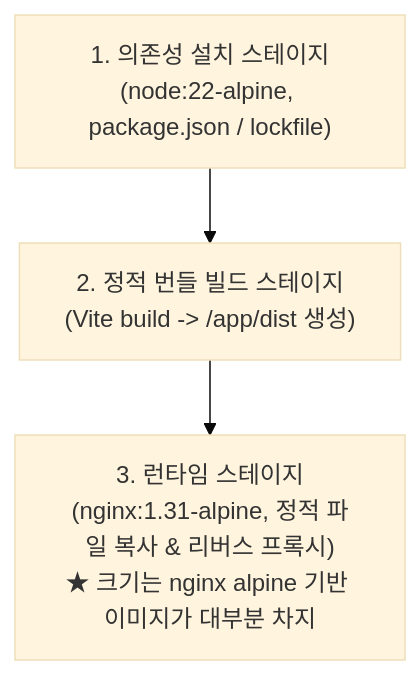
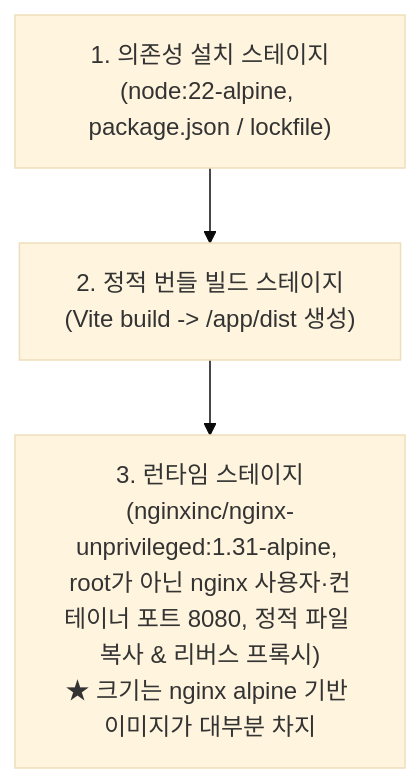
The second of 2 diagrams in docs/docker/build-optimization.md (kjayvam/file-template), drawn with Mermaid (base theme) before and after one commit. The commit also changed other lines of this file and 30 other files, not shown here.

````diff
--- a/docs/docker/build-optimization.md
+++ b/docs/docker/build-optimization.md
@@ -34,8 +34,8 @@
 ```mermaid
 flowchart TD
     DevDeps["1. 의존성 설치 스테이지<br/>(node:22-alpine, package.json / lockfile)"]
     Bundler["2. 정적 번들 빌드 스테이지<br/>(Vite build -> /app/dist 생성)"]
-    Nginx["3. 런타임 스테이지<br/>(nginx:1.31-alpine, 정적 파일 복사 & 리버스 프록시)<br/>★ 크기는 nginx alpine 기반 이미지가 대부분 차지"]
+    Nginx["3. 런타임 스테이지<br/>(nginxinc/nginx-unprivileged:1.31-alpine, root가 아닌 nginx 사용자·컨테이너 포트 8080, 정적 파일 복사 & 리버스 프록시)<br/>★ 크기는 nginx alpine 기반 이미지가 대부분 차지"]
 
     DevDeps --> Bundler --> Nginx
 ```
````
